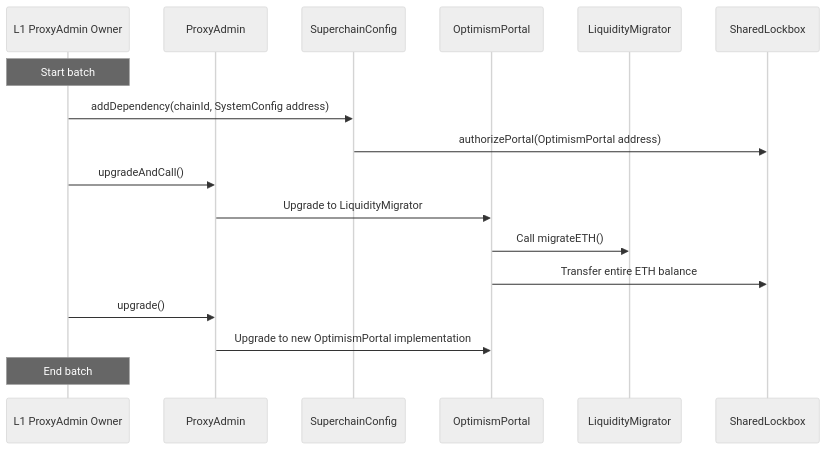
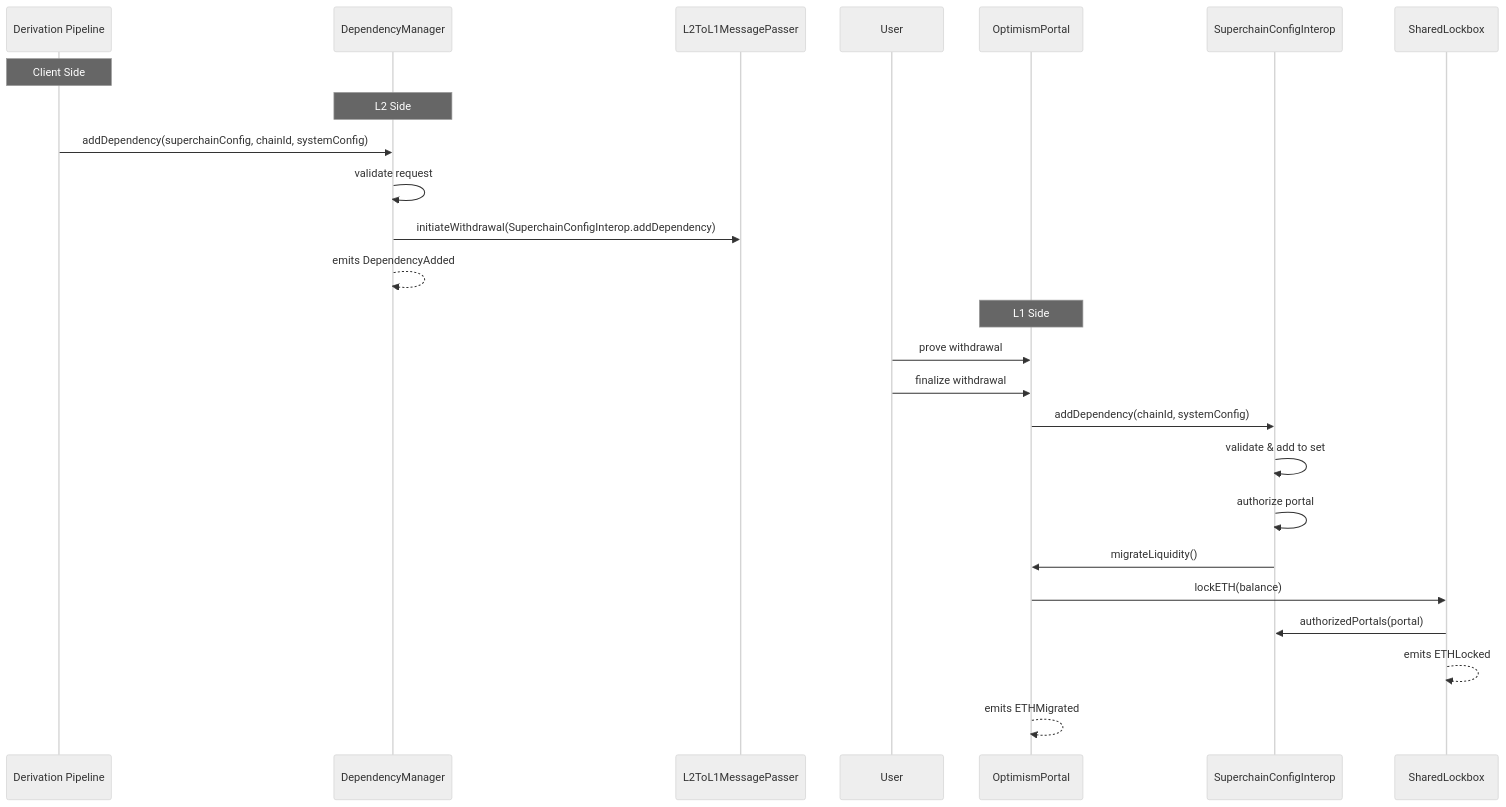
The diagram in specs/interop/shared-lockbox-upgrade.md (ethereum-optimism/specs), drawn with Mermaid (neutral theme) before and after one commit. The commit also changed other lines of this file and 6 other files, not shown here.

Commit message:
feat: add new shared lockbox specs

````diff
--- a/specs/interop/shared-lockbox-upgrade.md
+++ b/specs/interop/shared-lockbox-upgrade.md
@@ -97,27 +89,29 @@
 ```mermaid
 sequenceDiagram
-    participant L1PAO as L1 ProxyAdmin Owner
-    participant ProxyAdmin as ProxyAdmin
-    participant SuperchainConfig
-    participant OptimismPortalProxy as OptimismPortal
-    participant LiquidityMigrator
-    participant SharedLockbox
+    participant Pipeline as Derivation Pipeline
+    participant DM as DependencyManager
+    participant L2MP as L2ToL1MessagePasser
+    participant User
+    participant Portal as OptimismPortal
+    participant Config as SuperchainConfigInterop
+    participant Lockbox as SharedLockbox
 
-    Note over L1PAO: Start batch
+    Note over Pipeline: Client Side
+    Note over DM: L2 Side
+    Pipeline->>DM: addDependency(superchainConfig, chainId, systemConfig)
+    DM->>DM: validate request
+    DM->>L2MP: initiateWithdrawal(SuperchainConfigInterop.addDependency)
+    DM-->>DM: emits DependencyAdded
 
-    %% Step 1: Add dependency to SuperchainConfig
-    L1PAO->>SuperchainConfig: addDependency(chainId, SystemConfig address)
-    SuperchainConfig->>SharedLockbox: authorizePortal(OptimismPortal address)
-
-    %% Step 2: Upgrade OptimismPortal to intermediate implementation that transfers ETH
-    L1PAO->>ProxyAdmin: upgradeAndCall()
-    ProxyAdmin->>OptimismPortalProxy: Upgrade to LiquidityMigrator
-    OptimismPortalProxy->>LiquidityMigrator: Call migrateETH()
-    OptimismPortalProxy->>SharedLockbox: Transfer entire ETH balance
-
-    %% Step 3: Upgrade OptimismPortal to final implementation
-    L1PAO->>ProxyAdmin: upgrade()
-    ProxyAdmin->>OptimismPortalProxy: Upgrade to new OptimismPortal implementation
-
-    Note over L1PAO: End batch
+    Note over Portal: L1 Side
+    User->>Portal: prove withdrawal
+    User->>Portal: finalize withdrawal
+    Portal->>Config: addDependency(chainId, systemConfig)
+    Config->>Config: validate & add to set
+    Config->>Config: authorize portal
+    Config->>Portal: migrateLiquidity()
+    Portal->>Lockbox: lockETH(balance)
+    Lockbox->>Config: authorizedPortals(portal)
+    Lockbox-->>Lockbox: emits ETHLocked
+    Portal-->>Portal: emits ETHMigrated
 ```
````
